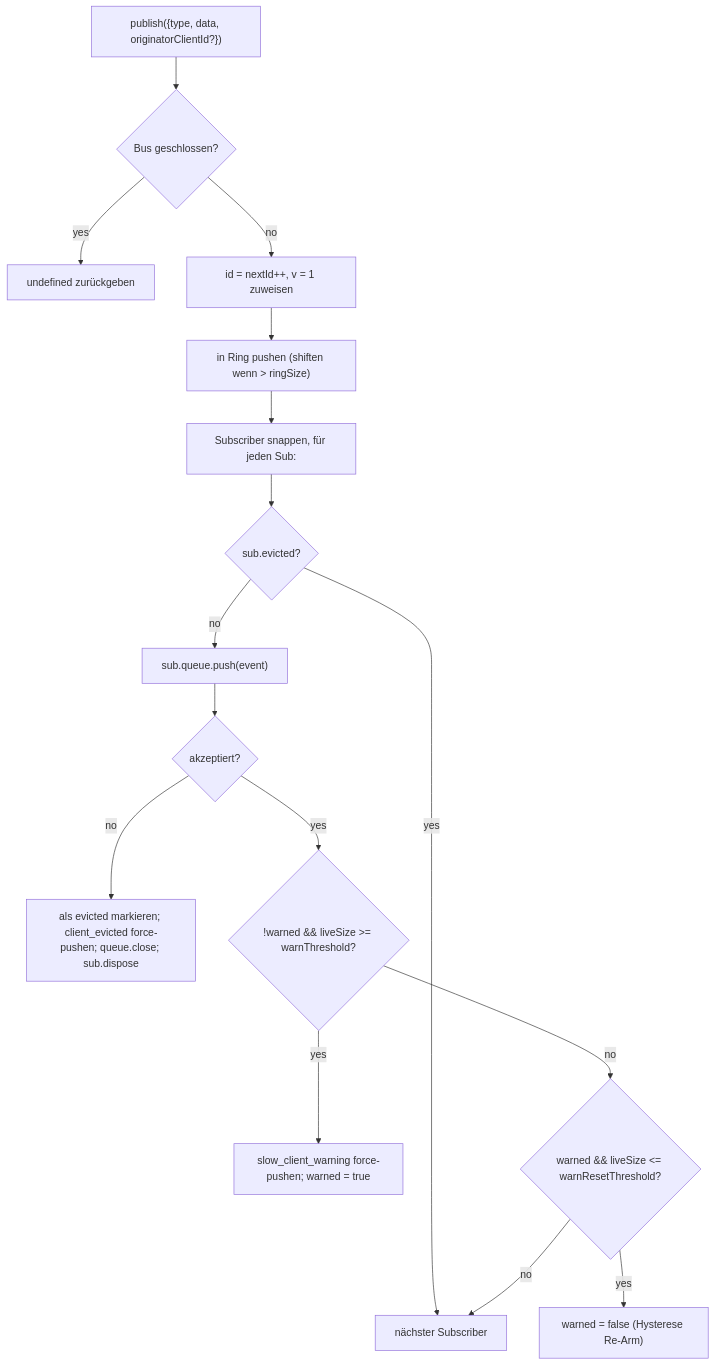
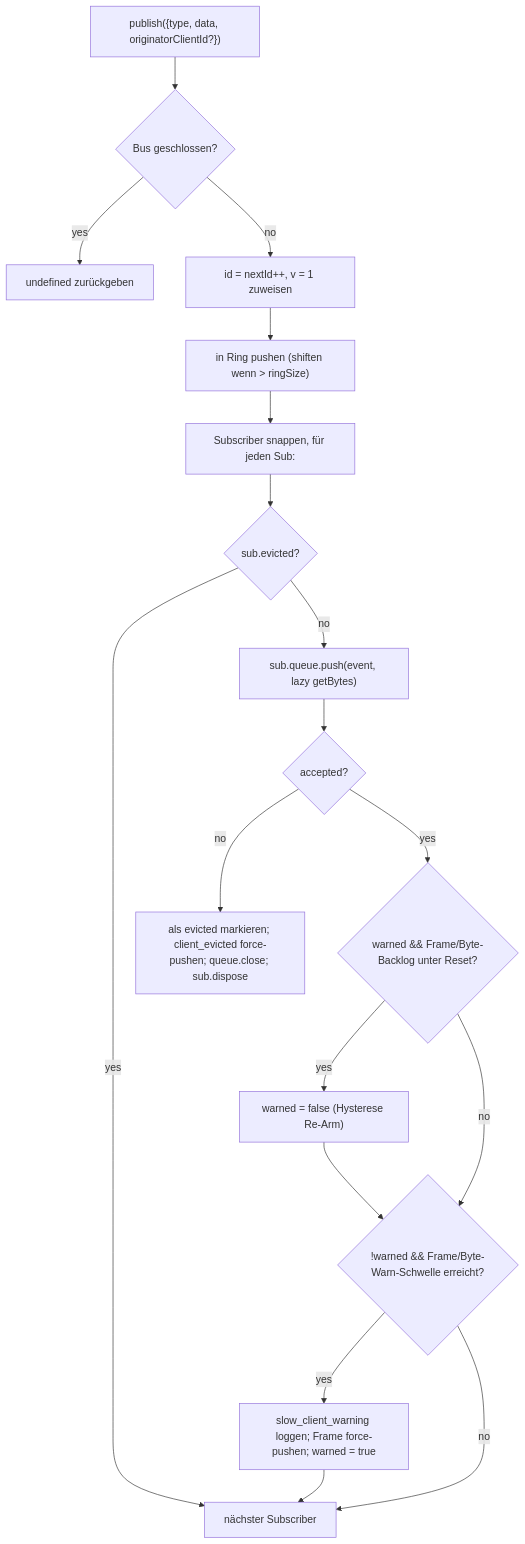
Before and after one commit to QwenLM/qwen-code-docs: the first of 2 diagrams in website/content/de/developers/daemon/10-event-bus.md, drawn with Mermaid. The commit also changed other lines of this file and 128 other files, not shown here.

````diff
--- a/website/content/de/developers/daemon/10-event-bus.md
+++ b/website/content/de/developers/daemon/10-event-bus.md
@@ -70,18 +74,20 @@
 ```mermaid
 flowchart TD
     P["publish({type, data, originatorClientId?})"] --> C{"Bus geschlossen?"}
     C -->|yes| RU["undefined zurückgeben"]
     C -->|no| AID["id = nextId++, v = 1 zuweisen"]
     AID --> PR["in Ring pushen (shiften wenn > ringSize)"]
     PR --> FAN["Subscriber snappen, für jeden Sub:"]
     FAN --> EVCK{"sub.evicted?"}
     EVCK -->|yes| NEXT[nächster Subscriber]
-    EVCK -->|no| PUSH["sub.queue.push(event)"]
-    PUSH --> OK{"akzeptiert?"}
+    EVCK -->|no| PUSH["sub.queue.push(event, lazy getBytes)"]
+    PUSH --> OK{"accepted?"}
     OK -->|no| EVICT["als evicted markieren; client_evicted force-pushen; queue.close; sub.dispose"]
-    OK -->|yes| WARN{"!warned && liveSize >= warnThreshold?"}
-    WARN -->|yes| FW["slow_client_warning force-pushen; warned = true"]
-    WARN -->|no| RES{"warned && liveSize <= warnResetThreshold?"}
+    OK -->|yes| RES{"warned && Frame/Byte-Backlog unter Reset?"}
     RES -->|yes| RA["warned = false (Hysterese Re-Arm)"]
-    RES -->|no| NEXT
+    RES -->|no| WARN{"!warned && Frame/Byte-Warn-Schwelle erreicht?"}
+    RA --> WARN
+    WARN -->|yes| FW["slow_client_warning loggen; Frame force-pushen; warned = true"]
+    WARN -->|no| NEXT
+    FW --> NEXT
 ```
````
